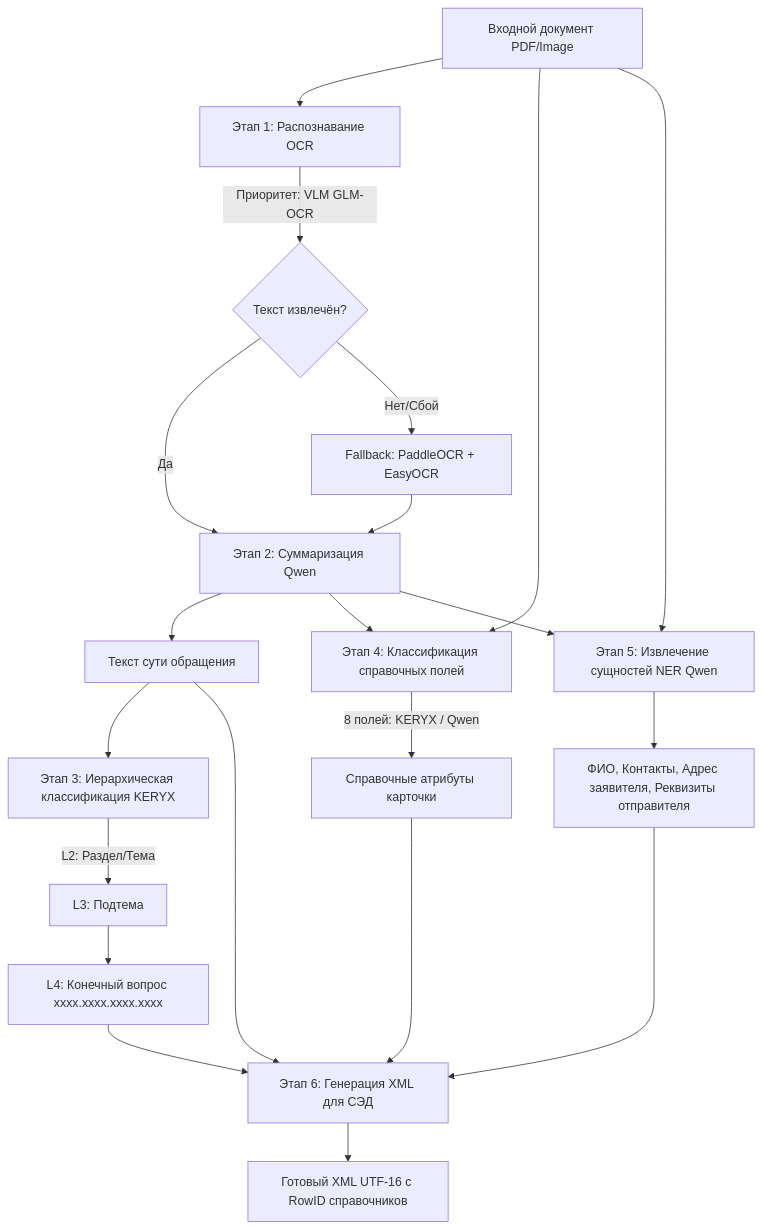
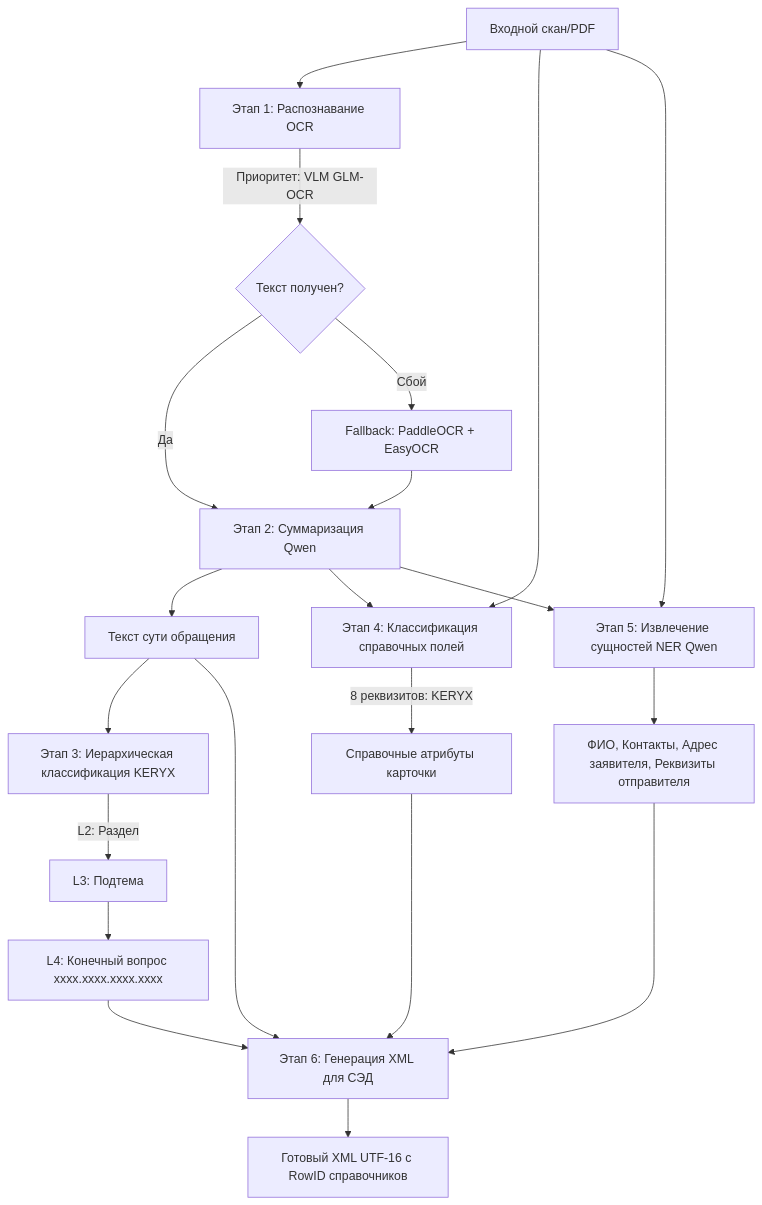
The diagram in PROJECT_SUMMARY.md (al-p-s/AI_for_appeals), drawn with Mermaid before and after one commit. The commit also changed other lines of this file, not shown here.

Commit message:
docs: update PROJECT_SUMMARY with latest architecture, config, and queue updates

````diff
--- a/PROJECT_SUMMARY.md
+++ b/PROJECT_SUMMARY.md
@@ -24,21 +17,21 @@
 ```mermaid
 flowchart TD
-    A[Входной документ PDF/Image] --> B[Этап 1: Распознавание OCR]
-    B -->|Приоритет: VLM GLM-OCR| C{Текст извлечён?}
+    A[Входной скан/PDF] --> B[Этап 1: Распознавание OCR]
+    B -->|Приоритет: VLM GLM-OCR| C{Текст получен?}
     C -->|Да| D[Этап 2: Суммаризация Qwen]
-    C -->|Нет/Сбой| B2[Fallback: PaddleOCR + EasyOCR] --> D
+    C -->|Сбой| B2[Fallback: PaddleOCR + EasyOCR] --> D
     
     D --> E[Текст сути обращения]
     
     E --> F[Этап 3: Иерархическая классификация KERYX]
-    F -->|L2: Раздел/Тема| F2[L3: Подтема] --> F3[L4: Конечный вопрос xxxx.xxxx.xxxx.xxxx]
+    F -->|L2: Раздел| F2[L3: Подтема] --> F3[L4: Конечный вопрос xxxx.xxxx.xxxx.xxxx]
     
     D & A --> G[Этап 4: Классификация справочных полей]
-    G -->|8 полей: KERYX / Qwen| H[Справочные атрибуты карточки]
+    G -->|8 реквизитов: KERYX| H[Справочные атрибуты карточки]
     
     D & A --> I[Этап 5: Извлечение сущностей NER Qwen]
     I --> J[ФИО, Контакты, Адрес заявителя, Реквизиты отправителя]
     
     F3 & H & J & E --> K[Этап 6: Генерация XML для СЭД]
     K --> L[Готовый XML UTF-16 с RowID справочников]
 ```
````
